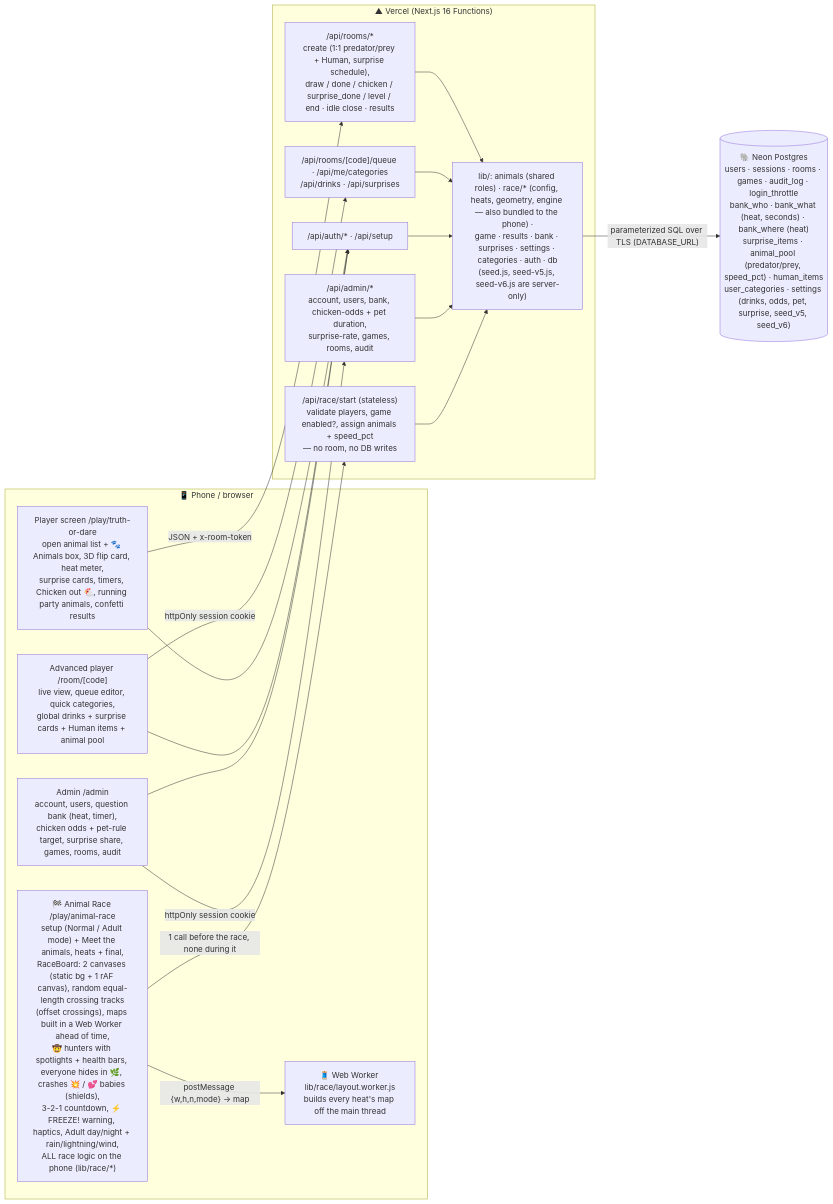
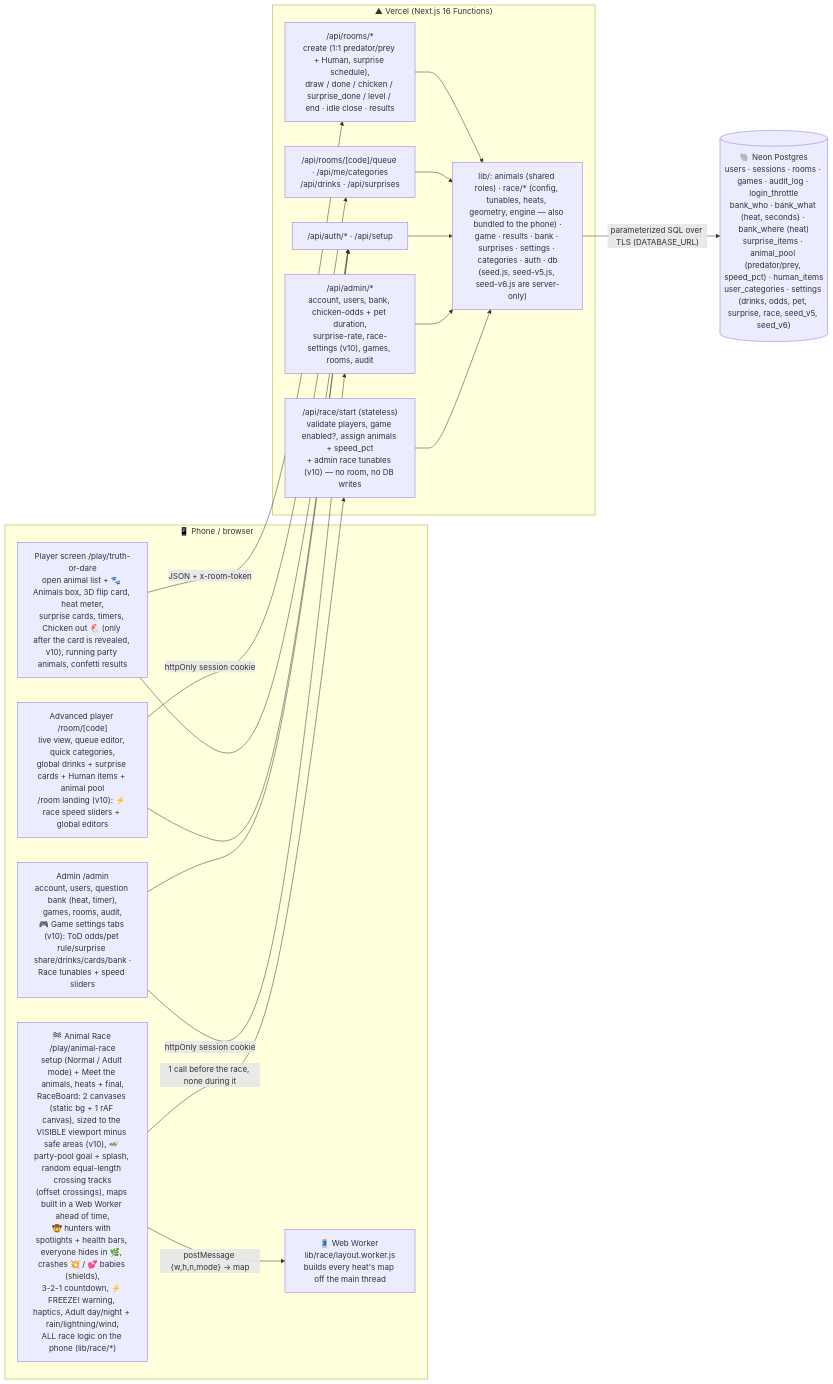
The first of 2 diagrams in ARCHITECTURE.md (chanhinterai-max/party-games), drawn with Mermaid before and after one commit. The commit also changed other lines of this file and 16 other files, not shown here.

Commit message:
v10: Chicken out only after the reveal; race board fits the visible viewport + safe areas (mobile browser bars), tight maps for short screens; 🏊 party-pool goal + splash; ⚡ race speed range sliders (advanced users on /room too); admin 🎮 Game settings tabs + Animal Race tunables (defaults identical)

````diff
--- a/ARCHITECTURE.md
+++ b/ARCHITECTURE.md
@@ -7,27 +7,27 @@
 ```mermaid
 flowchart LR
   subgraph Browser["📱 Phone / browser"]
-    P["Player screen /play/truth-or-dare<br/>open animal list + 🐾 Animals box, 3D flip card, heat meter,<br/>surprise cards, timers, Chicken out 🐔, running party animals, confetti results"]
-    A["Advanced player /room/[code]<br/>live view, queue editor, quick categories,<br/>global drinks + surprise cards + Human items + animal pool"]
-    RC["🏁 Animal Race /play/animal-race<br/>setup (Normal / Adult mode) + Meet the animals, heats + final,<br/>RaceBoard: 2 canvases (static bg + 1 rAF canvas), random equal-length crossing tracks<br/>(offset crossings), maps built in a Web Worker ahead of time,<br/>🤠 hunters with spotlights + health bars, everyone hides in 🌿, crashes 💥 / 💕 babies (shields),<br/>3-2-1 countdown, ⚡ FREEZE! warning, haptics, Adult day/night + rain/lightning/wind,<br/>ALL race logic on the phone (lib/race/*)"]
+    P["Player screen /play/truth-or-dare<br/>open animal list + 🐾 Animals box, 3D flip card, heat meter,<br/>surprise cards, timers, Chicken out 🐔 (only after the card is revealed, v10), running party animals, confetti results"]
+    A["Advanced player /room/[code]<br/>live view, queue editor, quick categories,<br/>global drinks + surprise cards + Human items + animal pool<br/>/room landing (v10): ⚡ race speed sliders + global editors"]
+    RC["🏁 Animal Race /play/animal-race<br/>setup (Normal / Adult mode) + Meet the animals, heats + final,<br/>RaceBoard: 2 canvases (static bg + 1 rAF canvas), sized to the VISIBLE viewport minus safe areas (v10), 🏊 party-pool goal + splash, random equal-length crossing tracks<br/>(offset crossings), maps built in a Web Worker ahead of time,<br/>🤠 hunters with spotlights + health bars, everyone hides in 🌿, crashes 💥 / 💕 babies (shields),<br/>3-2-1 countdown, ⚡ FREEZE! warning, haptics, Adult day/night + rain/lightning/wind,<br/>ALL race logic on the phone (lib/race/*)"]
     WK["🧵 Web Worker lib/race/layout.worker.js<br/>builds every heat's map off the main thread"]
-    D["Admin /admin<br/>account, users, question bank (heat, timer),<br/>chicken odds + pet-rule target, surprise share, games, rooms, audit"]
+    D["Admin /admin<br/>account, users, question bank (heat, timer),<br/>games, rooms, audit,<br/>🎮 Game settings tabs (v10): ToD odds/pet rule/surprise share/drinks/cards/bank ·<br/>Race tunables + speed sliders"]
   end
   subgraph Vercel["▲ Vercel (Next.js 16 Functions)"]
     R1["/api/rooms/*<br/>create (1:1 predator/prey + Human, surprise schedule),<br/>draw / done / chicken / surprise_done / level / end · idle close · results"]
     R2["/api/rooms/[code]/queue · /api/me/categories<br/>/api/drinks · /api/surprises"]
     R3["/api/auth/* · /api/setup"]
-    R5["/api/race/start (stateless)<br/>validate players, game enabled?, assign animals + speed_pct<br/>— no room, no DB writes"]
-    R4["/api/admin/*<br/>account, users, bank, chicken-odds + pet duration,<br/>surprise-rate, games, rooms, audit"]
-    L["lib/: animals (shared roles) · race/* (config, heats, geometry, engine — also bundled to the phone) ·<br/>game · results · bank · surprises · settings · categories · auth · db<br/>(seed.js, seed-v5.js, seed-v6.js are server-only)"]
+    R5["/api/race/start (stateless)<br/>validate players, game enabled?, assign animals + speed_pct<br/>+ admin race tunables (v10) — no room, no DB writes"]
+    R4["/api/admin/*<br/>account, users, bank, chicken-odds + pet duration,<br/>surprise-rate, race-settings (v10), games, rooms, audit"]
+    L["lib/: animals (shared roles) · race/* (config, tunables, heats, geometry, engine — also bundled to the phone) ·<br/>game · results · bank · surprises · settings · categories · auth · db<br/>(seed.js, seed-v5.js, seed-v6.js are server-only)"]
   end
-  DB[("🐘 Neon Postgres<br/>users · sessions · rooms · games · audit_log · login_throttle<br/>bank_who · bank_what (heat, seconds) · bank_where (heat)<br/>surprise_items · animal_pool (predator/prey, speed_pct) · human_items<br/>user_categories · settings (drinks, odds, pet, surprise, seed_v5, seed_v6)")]
+  DB[("🐘 Neon Postgres<br/>users · sessions · rooms · games · audit_log · login_throttle<br/>bank_who · bank_what (heat, seconds) · bank_where (heat)<br/>surprise_items · animal_pool (predator/prey, speed_pct) · human_items<br/>user_categories · settings (drinks, odds, pet, surprise, race, seed_v5, seed_v6)")]
   P -- "JSON + x-room-token" --> R1
   A -- "httpOnly session cookie" --> R2
   D -- "httpOnly session cookie" --> R4
   RC -- "1 call before the race, none during it" --> R5
   RC -- "postMessage {w,h,n,mode} → map" --> WK
   P & A & D --> R3
   R1 & R2 & R3 & R4 & R5 --> L
   L -- "parameterized SQL over TLS (DATABASE_URL)" --> DB
 ```
````
